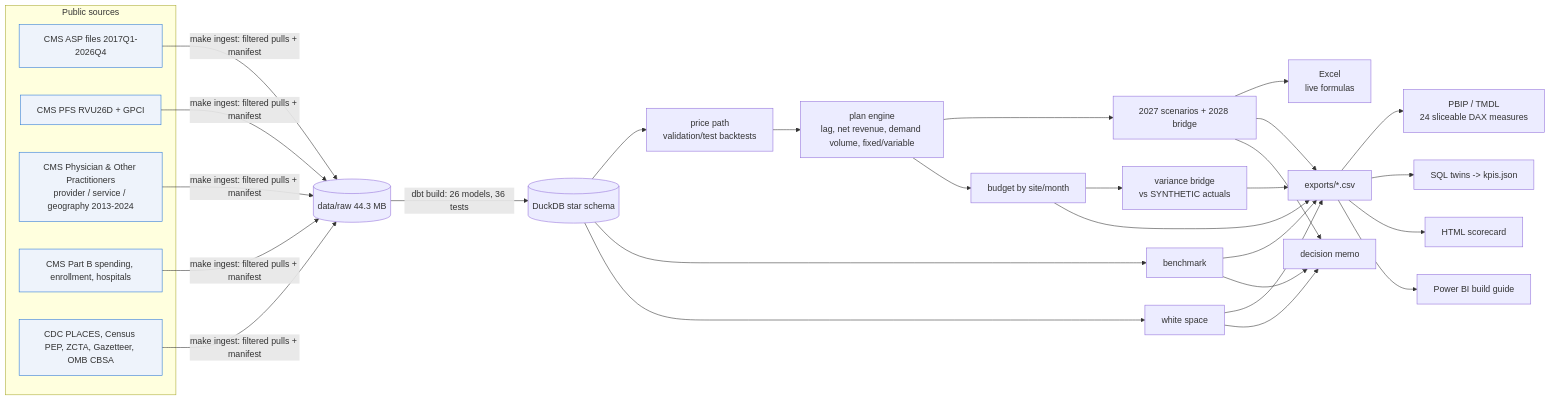
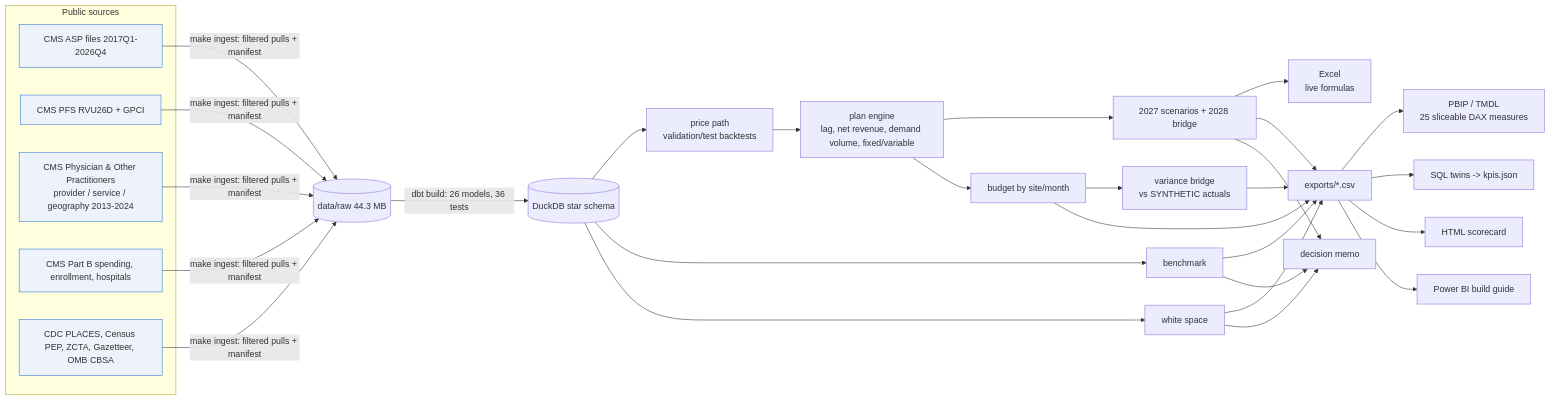
One commit to TonyLee-99/specialty-infusion-fpa changed the diagram in README.md. Above: the diagram before and after it, drawn with Mermaid. The commit also changed other lines of this file and 68 other files, not shown here.

````diff
--- a/README.md
+++ b/README.md
@@ -98,20 +107,20 @@
 ```mermaid
 flowchart LR
   subgraph Public sources
     A[CMS ASP files 2017Q1-2026Q4]:::src
     B[CMS PFS RVU26D + GPCI]:::src
     C[CMS Physician & Other Practitioners<br/>provider / service / geography 2013-2024]:::src
     D[CMS Part B spending, enrollment, hospitals]:::src
     E[CDC PLACES, Census PEP, ZCTA, Gazetteer, OMB CBSA]:::src
   end
   A & B & C & D & E -->|make ingest: filtered pulls + manifest| R[(data/raw 44.3 MB)]
   R -->|dbt build: 26 models, 36 tests| W[(DuckDB star schema)]
   W --> F[price path<br/>validation/test backtests] --> M[plan engine<br/>lag, net revenue, demand volume, fixed/variable]
   M --> S[2027 scenarios + 2028 bridge] --> X[Excel<br/>live formulas]
   M --> V[budget by site/month] --> VA[variance bridge<br/>vs SYNTHETIC actuals]
   W --> BM[benchmark] & MK[white space]
-  S & V & VA & BM & MK --> EX[exports/*.csv] --> P[PBIP / TMDL<br/>24 sliceable DAX measures] & Q[SQL twins -> kpis.json]
+  S & V & VA & BM & MK --> EX[exports/*.csv] --> P[PBIP / TMDL<br/>25 sliceable DAX measures] & Q[SQL twins -> kpis.json]
   EX --> H[HTML scorecard] & G[Power BI build guide]
   S & BM & MK --> MEMO[decision memo]
   classDef src fill:#eef3fb,stroke:#2a78d6
 ```
````
